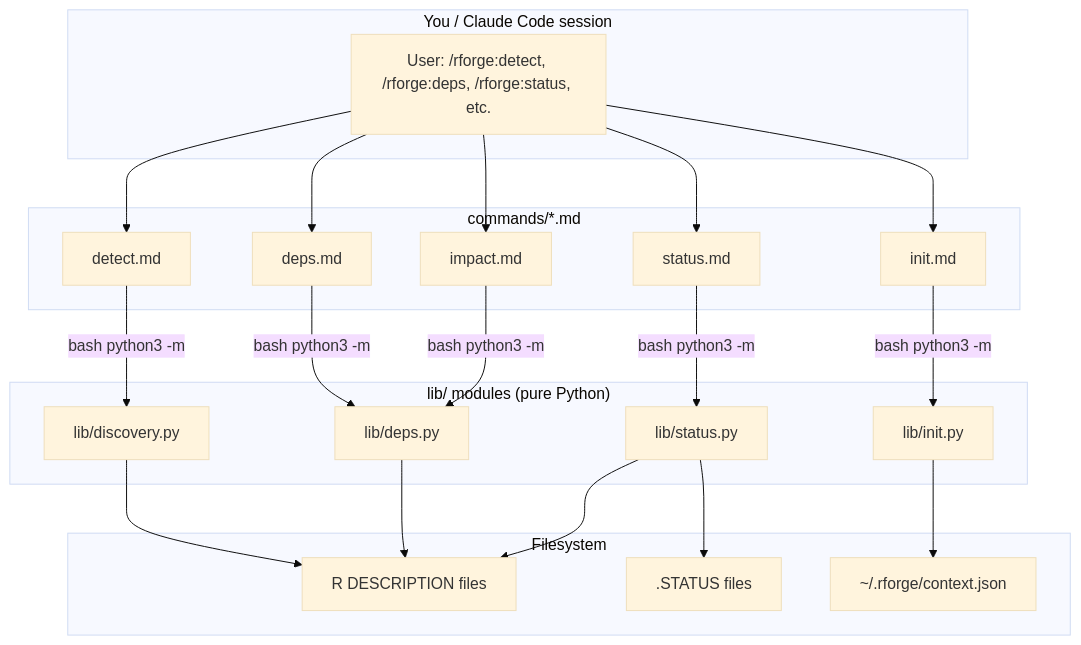
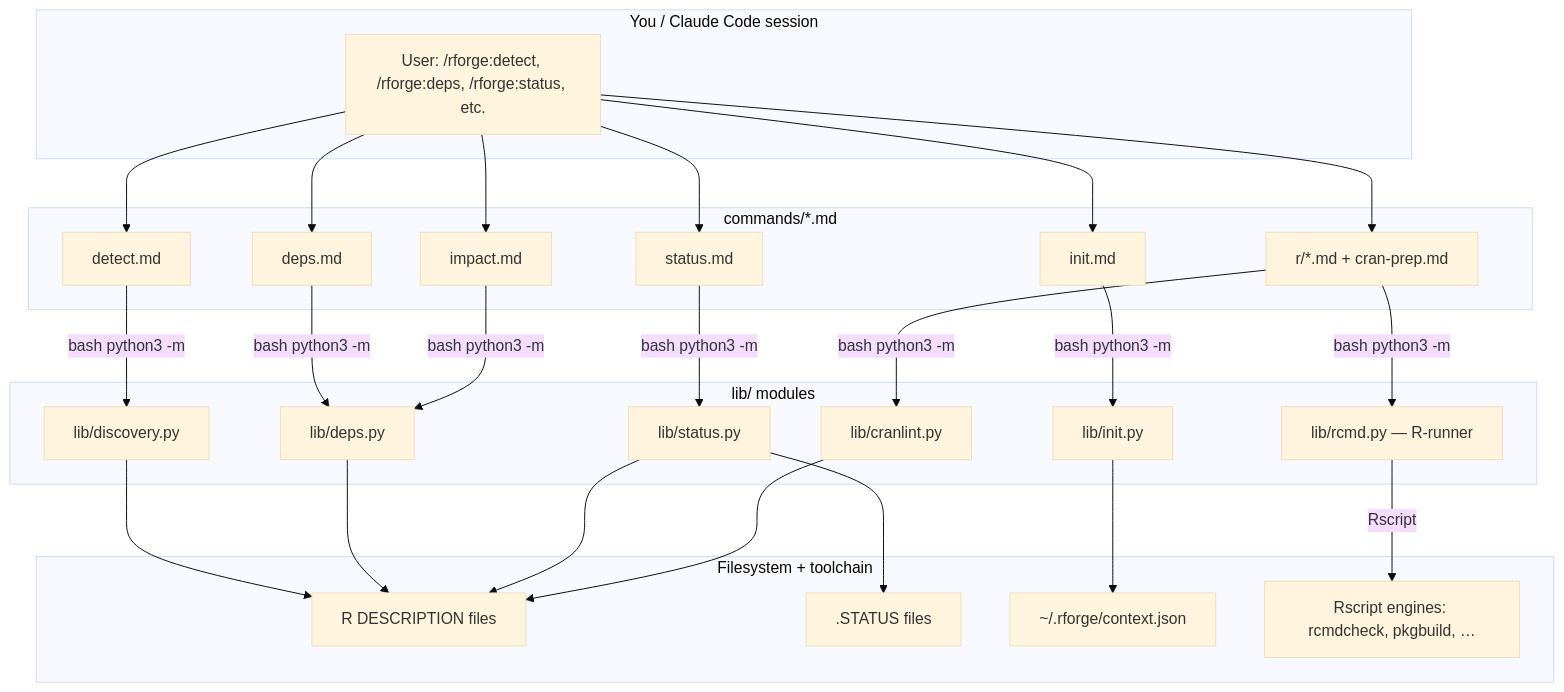
One commit to Data-Wise/rforge changed the second of 2 diagrams in docs/architecture.md. Above: the diagram before and after it, drawn with Mermaid (base theme). The commit also changed other lines of this file, not shown here.

First line of the commit message:
docs(architecture): refresh for v2.1.0–v2.4.0 module evolution

````diff
--- a/docs/architecture.md
+++ b/docs/architecture.md
@@ -99,43 +99,52 @@
 ```mermaid
 graph TB
     subgraph User["You / Claude Code session"]
         UR[User: /rforge:detect, /rforge:deps, /rforge:status, etc.]
     end
 
     subgraph Cmd[commands/*.md]
         DT[detect.md]
         DP[deps.md]
         IM[impact.md]
         ST[status.md]
         IN[init.md]
+        RC[r/*.md + cran-prep.md]
     end
 
-    subgraph Lib["lib/ modules (pure Python)"]
+    subgraph Lib["lib/ modules"]
         L1[lib/discovery.py]
         L2[lib/deps.py]
         L3[lib/status.py]
         L4[lib/init.py]
+        L6[lib/cranlint.py]
+        L5[lib/rcmd.py — R-runner]
     end
 
-    subgraph FS["Filesystem"]
+    subgraph FS["Filesystem + toolchain"]
         DESCR[R DESCRIPTION files]
         STATUS[.STATUS files]
         CTX[~/.rforge/context.json]
+        RSCRIPT[Rscript engines: rcmdcheck, pkgbuild, …]
     end
 
     UR --> DT
     UR --> DP
     UR --> IM
     UR --> ST
     UR --> IN
+    UR --> RC
     DT -->|bash python3 -m| L1
     DP -->|bash python3 -m| L2
     IM -->|bash python3 -m| L2
     ST -->|bash python3 -m| L3
     IN -->|bash python3 -m| L4
+    RC -->|bash python3 -m| L5
+    RC -->|bash python3 -m| L6
     L1 --> DESCR
     L2 --> DESCR
     L3 --> DESCR
     L3 --> STATUS
     L4 --> CTX
+    L5 -->|Rscript| RSCRIPT
+    L6 --> DESCR
 ```
````
